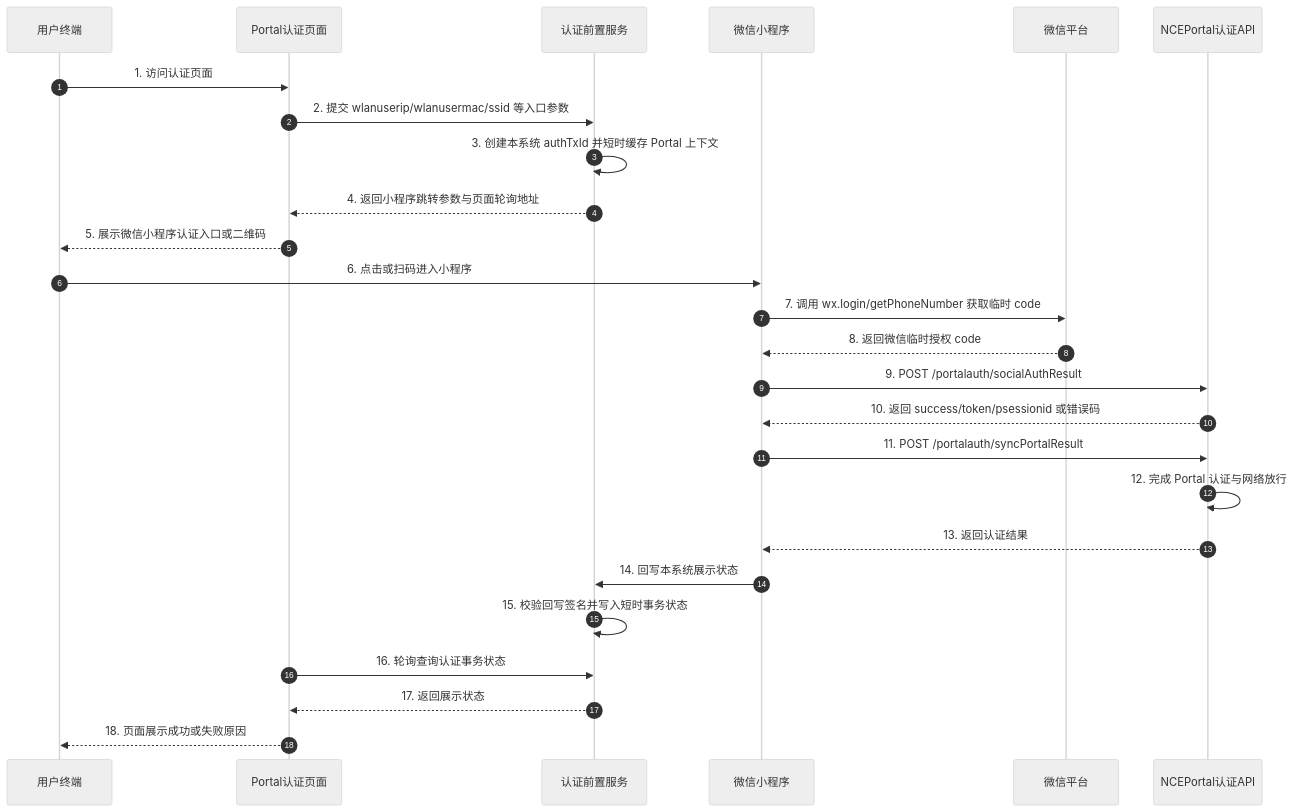
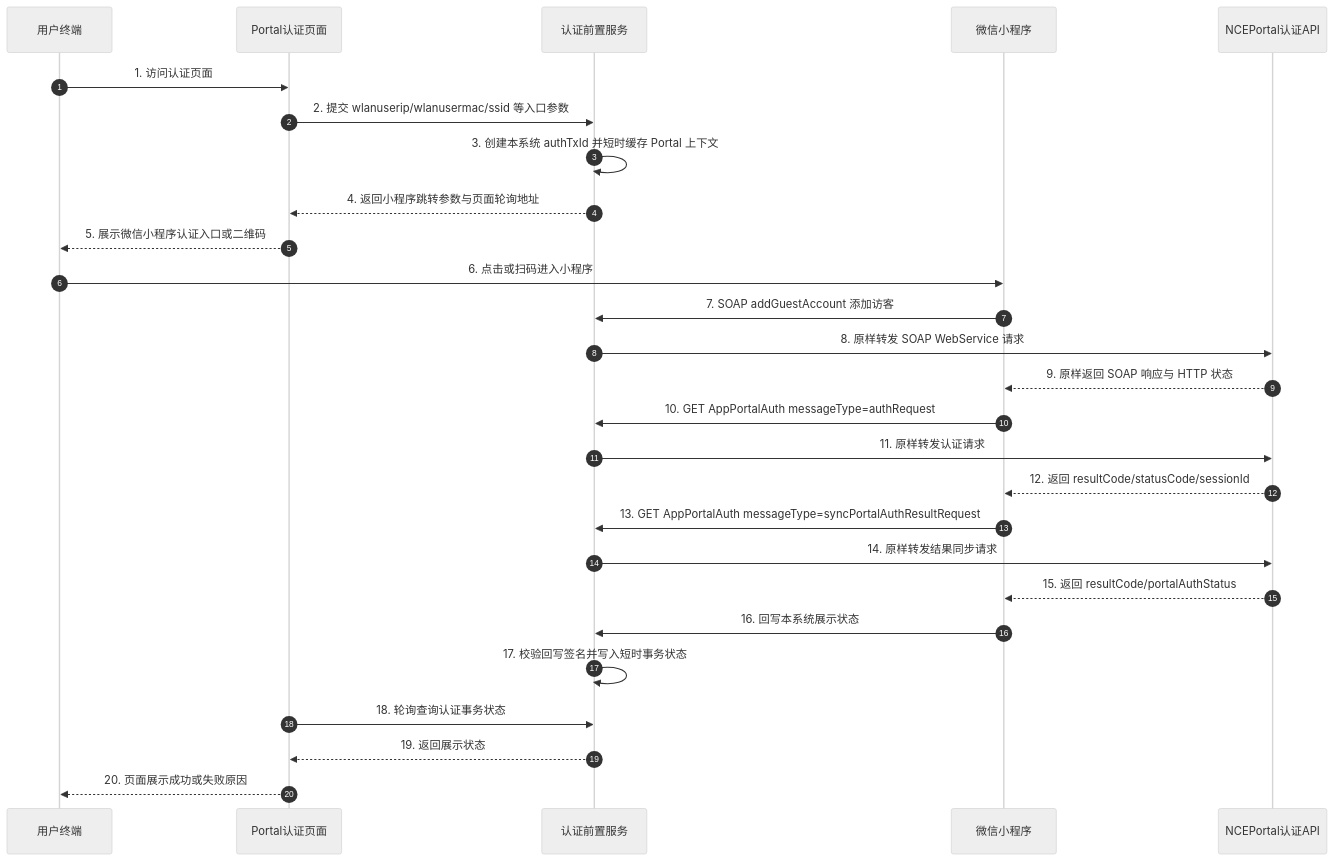
The fourth of 9 diagrams in doc/深圳机场WiFi多方式认证系统详细设计说明书.md (KoshiroPeng/vue-fastapi-admin), drawn with Mermaid (neutral theme) before and after one commit. The commit also changed other lines of this file and 17 other files, not shown here.

````diff
--- a/doc/深圳机场WiFi多方式认证系统详细设计说明书.md
+++ b/doc/深圳机场WiFi多方式认证系统详细设计说明书.md
@@ -234,22 +234,24 @@
 ```mermaid
 sequenceDiagram
     autonumber
     用户终端->>Portal认证页面: 1. 访问认证页面
     Portal认证页面->>认证前置服务: 2. 提交 wlanuserip/wlanusermac/ssid 等入口参数
     认证前置服务->>认证前置服务: 3. 创建本系统 authTxId 并短时缓存 Portal 上下文
     认证前置服务-->>Portal认证页面: 4. 返回小程序跳转参数与页面轮询地址
     Portal认证页面-->>用户终端: 5. 展示微信小程序认证入口或二维码
     用户终端->>微信小程序: 6. 点击或扫码进入小程序
-    微信小程序->>微信平台: 7. 调用 wx.login/getPhoneNumber 获取临时 code
-    微信平台-->>微信小程序: 8. 返回微信临时授权 code
-    微信小程序->>NCEPortal认证API: 9. POST /portalauth/socialAuthResult
-    NCEPortal认证API-->>微信小程序: 10. 返回 success/token/psessionid 或错误码
-    微信小程序->>NCEPortal认证API: 11. POST /portalauth/syncPortalResult
-    NCEPortal认证API->>NCEPortal认证API: 12. 完成 Portal 认证与网络放行
-    NCEPortal认证API-->>微信小程序: 13. 返回认证结果
-    微信小程序->>认证前置服务: 14. 回写本系统展示状态
-    认证前置服务->>认证前置服务: 15. 校验回写签名并写入短时事务状态
-    Portal认证页面->>认证前置服务: 16. 轮询查询认证事务状态
-    认证前置服务-->>Portal认证页面: 17. 返回展示状态
-    Portal认证页面-->>用户终端: 18. 页面展示成功或失败原因
+    微信小程序->>认证前置服务: 7. SOAP addGuestAccount 添加访客
+    认证前置服务->>NCEPortal认证API: 8. 原样转发 SOAP WebService 请求
+    NCEPortal认证API-->>微信小程序: 9. 原样返回 SOAP 响应与 HTTP 状态
+    微信小程序->>认证前置服务: 10. GET AppPortalAuth messageType=authRequest
+    认证前置服务->>NCEPortal认证API: 11. 原样转发认证请求
+    NCEPortal认证API-->>微信小程序: 12. 返回 resultCode/statusCode/sessionId
+    微信小程序->>认证前置服务: 13. GET AppPortalAuth messageType=syncPortalAuthResultRequest
+    认证前置服务->>NCEPortal认证API: 14. 原样转发结果同步请求
+    NCEPortal认证API-->>微信小程序: 15. 返回 resultCode/portalAuthStatus
+    微信小程序->>认证前置服务: 16. 回写本系统展示状态
+    认证前置服务->>认证前置服务: 17. 校验回写签名并写入短时事务状态
+    Portal认证页面->>认证前置服务: 18. 轮询查询认证事务状态
+    认证前置服务-->>Portal认证页面: 19. 返回展示状态
+    Portal认证页面-->>用户终端: 20. 页面展示成功或失败原因
 ```
````
